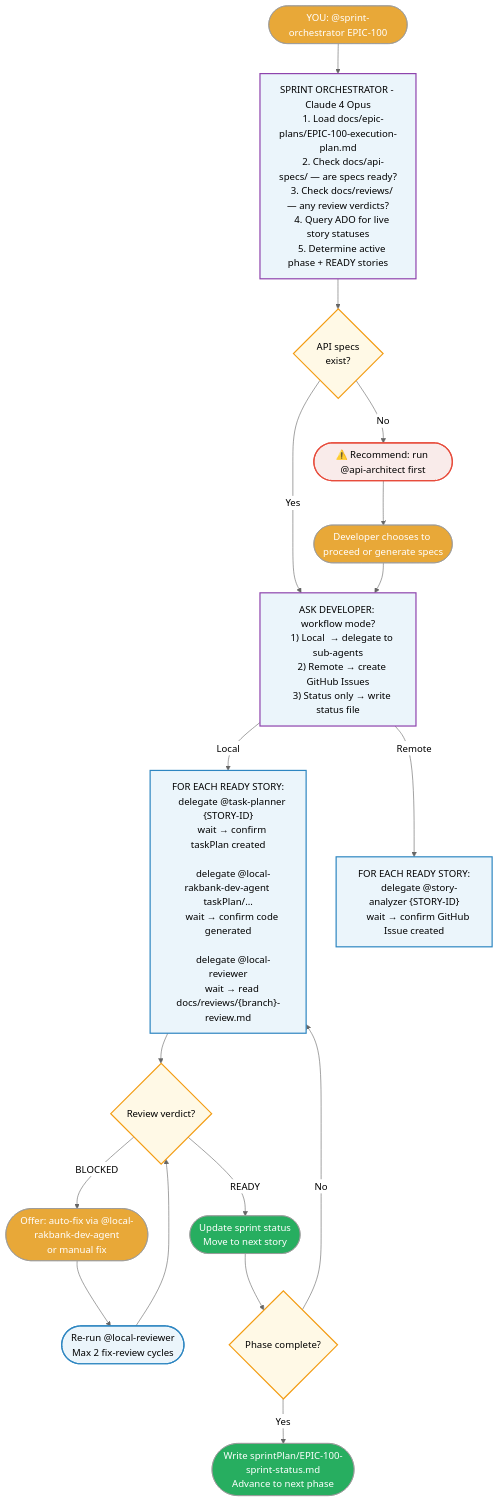
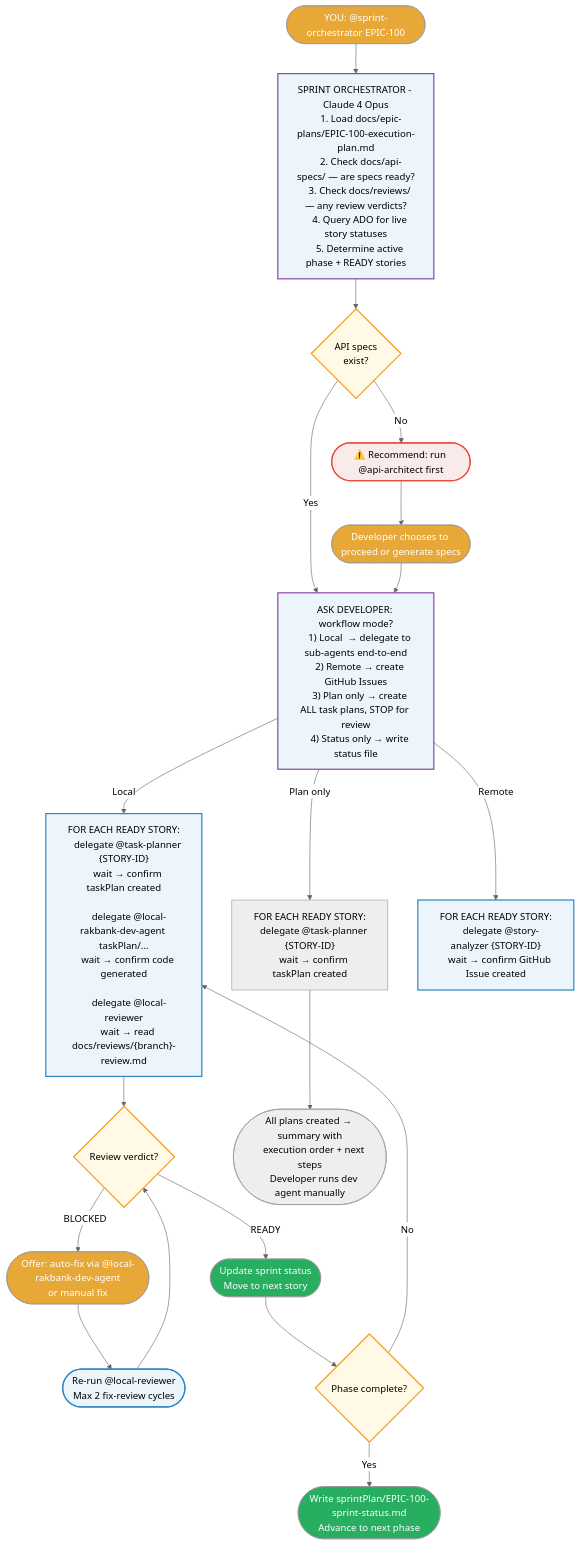
Before and after one commit to faizal13/sdlc-copilot-template: the fifth of 7 diagrams in docs/agentic-sdlc-flowchart.md, drawn with Mermaid (neutral theme). The commit also changed other lines of this file and 5 other files, not shown here.

````diff
--- a/docs/agentic-sdlc-flowchart.md
+++ b/docs/agentic-sdlc-flowchart.md
@@ -304,61 +304,69 @@
 ```mermaid
 flowchart TD
     A([YOU: @sprint-orchestrator EPIC-100]) --> B
 
     B["SPRINT ORCHESTRATOR - Claude 4 Opus
     1. Load docs/epic-plans/EPIC-100-execution-plan.md
     2. Check docs/api-specs/ — are specs ready?
     3. Check docs/reviews/ — any review verdicts?
     4. Query ADO for live story statuses
     5. Determine active phase + READY stories"]
 
     B --> C{API specs\nexist?}
     C -->|No| D([⚠️ Recommend: run @api-architect first])
     D --> E([Developer chooses to proceed or generate specs])
     C -->|Yes| F
     E --> F
 
     F["ASK DEVELOPER: workflow mode?
-    1) Local  → delegate to sub-agents
+    1) Local  → delegate to sub-agents end-to-end
     2) Remote → create GitHub Issues
-    3) Status only → write status file"]
+    3) Plan only → create ALL task plans, STOP for review
+    4) Status only → write status file"]
 
     F -->|Local| G["FOR EACH READY STORY:
     delegate @task-planner {STORY-ID}
     wait → confirm taskPlan created
 
     delegate @local-rakbank-dev-agent taskPlan/...
     wait → confirm code generated
 
     delegate @local-reviewer
     wait → read docs/reviews/{branch}-review.md"]
 
     G --> H{Review verdict?}
     H -->|READY| I([Update sprint status\nMove to next story])
     H -->|BLOCKED| J([Offer: auto-fix via @local-rakbank-dev-agent\nor manual fix])
     J --> K([Re-run @local-reviewer\nMax 2 fix-review cycles])
     K --> H
 
     I --> L{Phase complete?}
     L -->|No| G
     L -->|Yes| M([Write sprintPlan/EPIC-100-sprint-status.md\nAdvance to next phase])
 
+    F -->|Plan only| P["FOR EACH READY STORY:
+    delegate @task-planner {STORY-ID}
+    wait → confirm taskPlan created"]
+    P --> Q([All plans created → summary with
+    execution order + next steps
+    Developer runs dev agent manually])
+
     F -->|Remote| N["FOR EACH READY STORY:
     delegate @story-analyzer {STORY-ID}
     wait → confirm GitHub Issue created"]
 
     style A fill:#E8A838,color:#fff
     style B fill:#EBF5FB,stroke:#8E44AD,stroke-width:2px
     style C fill:#FFF9E6,stroke:#F39C12,stroke-width:2px
     style D fill:#F9EBEA,stroke:#E74C3C,stroke-width:2px
     style E fill:#E8A838,color:#fff
     style F fill:#EBF5FB,stroke:#8E44AD,stroke-width:2px
     style G fill:#EBF5FB,stroke:#2E86C1,stroke-width:2px
     style H fill:#FFF9E6,stroke:#F39C12,stroke-width:2px
     style I fill:#27AE60,color:#fff
     style J fill:#E8A838,color:#fff
     style K fill:#EBF5FB,stroke:#2E86C1,stroke-width:2px
     style L fill:#FFF9E6,stroke:#F39C12,stroke-width:2px
     style M fill:#27AE60,color:#fff
     style N fill:#EBF5FB,stroke:#2E86C1,stroke-width:2px
 ```
````
